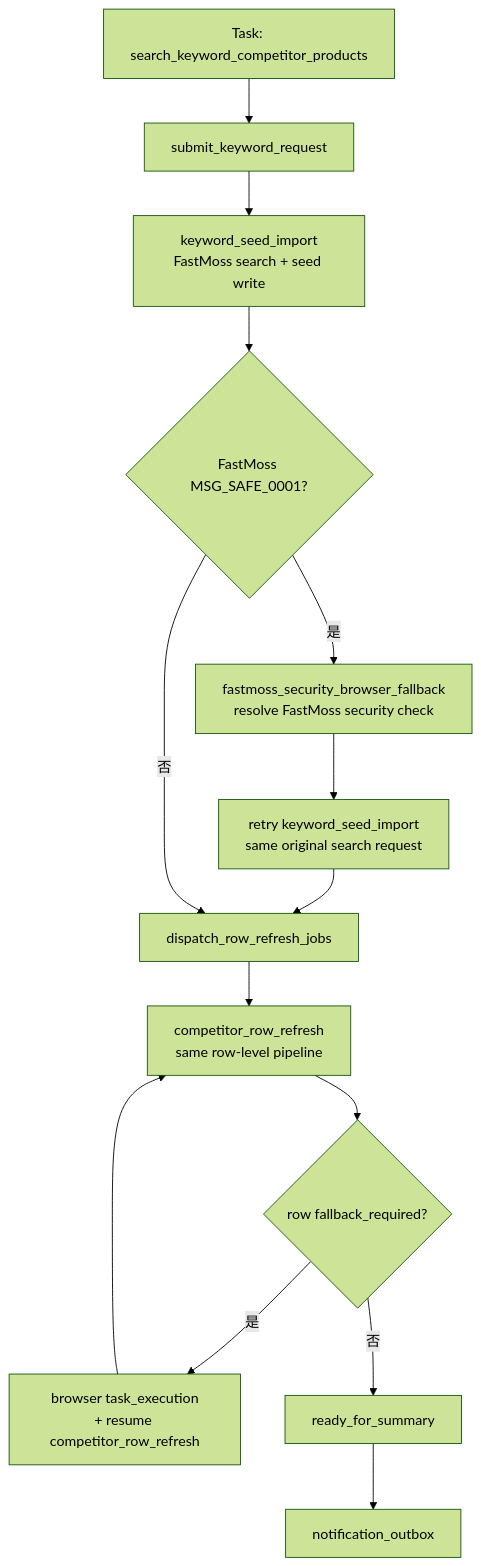
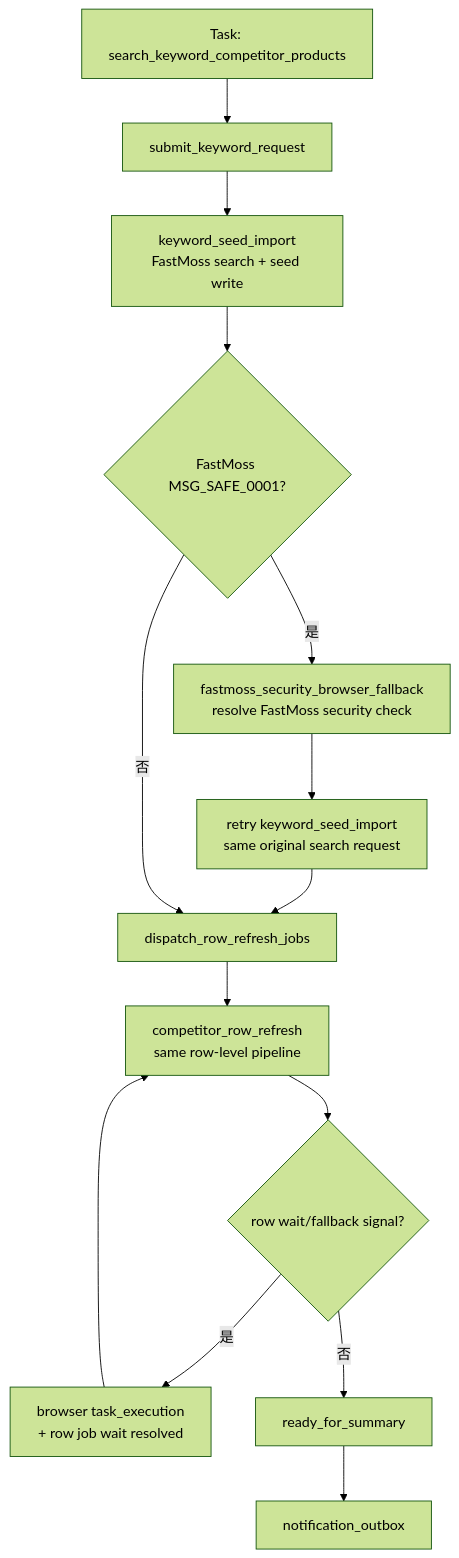
The fourth of 5 diagrams in docs/arch/workflow-competitor-table-design.md (knighterrantsky/mujitask), drawn with Mermaid (forest theme) before and after one commit. The commit also changed other lines of this file and 89 other files, not shown here.

Commit message:
refactor(runtime): remove resume fallback stages

````diff
--- a/docs/arch/workflow-competitor-table-design.md
+++ b/docs/arch/workflow-competitor-table-design.md
@@ -224,16 +225,16 @@
 ```mermaid
 flowchart TD
     A["Task: search_keyword_competitor_products"] --> B["submit_keyword_request"]
     B --> C["keyword_seed_import<br/>FastMoss search + seed write"]
     C --> S{"FastMoss MSG_SAFE_0001?"}
     S -->|是| R["fastmoss_security_browser_fallback<br/>resolve FastMoss security check"]
     R --> C2["retry keyword_seed_import<br/>same original search request"]
     C2 --> D["dispatch_row_refresh_jobs"]
     S -->|否| D["dispatch_row_refresh_jobs"]
     D --> E["competitor_row_refresh<br/>same row-level pipeline"]
-    E --> E1{"row fallback_required?"}
-    E1 -->|是| E2["browser task_execution<br/>+ resume competitor_row_refresh"]
+    E --> E1{"row wait/fallback signal?"}
+    E1 -->|是| E2["browser task_execution<br/>+ row job wait resolved"]
     E2 --> E
     E1 -->|否| F["ready_for_summary"]
     F --> G["notification_outbox"]
 ```
````
